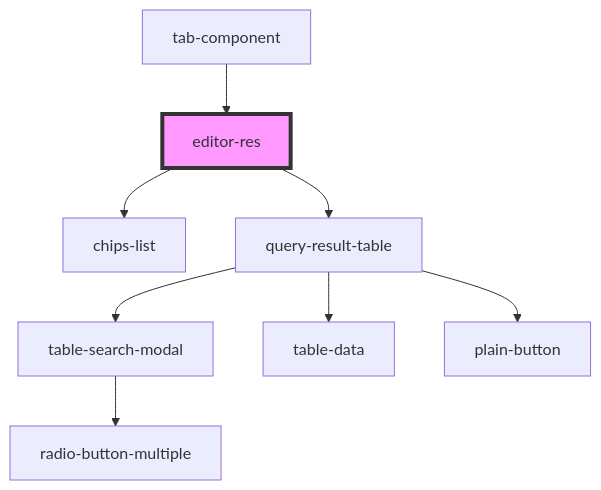
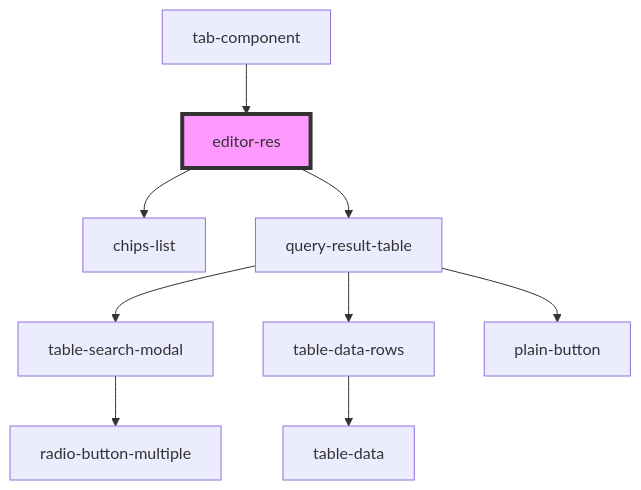
Before and after one commit to techvariable/NeptuneConnectComponents: the diagram in src/components/editorPage/editor-res/readme.md, drawn with Mermaid. The commit also changed 10 other files, not shown here.

Commit message:
edit feature on query result table on progress

````diff
--- a/src/components/editorPage/editor-res/readme.md
+++ b/src/components/editorPage/editor-res/readme.md
@@ -20,11 +20,12 @@
 ```mermaid
 graph TD;
   editor-res --> chips-list
   editor-res --> query-result-table
   query-result-table --> table-search-modal
-  query-result-table --> table-data
+  query-result-table --> table-data-rows
   query-result-table --> plain-button
   table-search-modal --> radio-button-multiple
+  table-data-rows --> table-data
   tab-component --> editor-res
   style editor-res fill:#f9f,stroke:#333,stroke-width:4px
 ```
````
